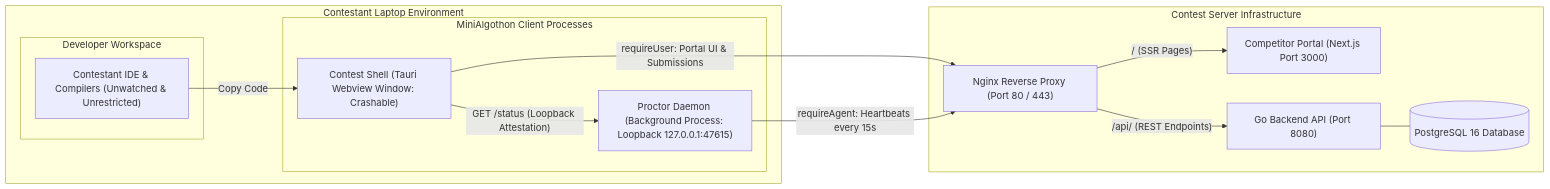
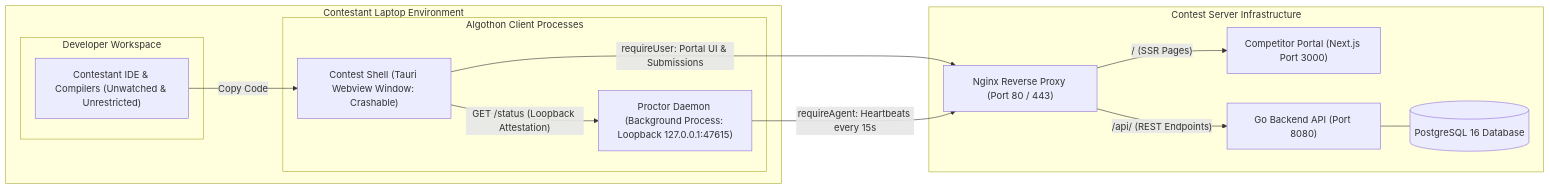
One commit to NayanthaNethsara/AlgoTest changed the diagram in docs/client-design.md. Above: the diagram before and after it, drawn with Mermaid. The commit also changed 10 other files, not shown here.

Commit message:
docs: rebrand project from MiniAlgothon to Algothon and add architecture documentation

````diff
--- a/docs/client-design.md
+++ b/docs/client-design.md
@@ -49,31 +49,31 @@
 ```mermaid
 flowchart LR
     subgraph Laptop["Contestant Laptop Environment"]
         subgraph DevSpace["Developer Workspace"]
             LocalIDE["Contestant IDE & Compilers (Unwatched & Unrestricted)"]
         end
 
-        subgraph ClientProcesses["MiniAlgothon Client Processes"]
+        subgraph ClientProcesses["Algothon Client Processes"]
             Shell["Contest Shell (Tauri Webview Window: Crashable)"]
             Agent["Proctor Daemon (Background Process: Loopback 127.0.0.1:47615)"]
         end
     end
 
     subgraph Server["Contest Server Infrastructure"]
         Nginx["Nginx Reverse Proxy (Port 80 / 443)"]
         Portal["Competitor Portal (Next.js Port 3000)"]
         API["Go Backend API (Port 8080)"]
         Postgres[("PostgreSQL 16 Database")]
     end
 
     LocalIDE -->|"Copy Code"| Shell
     Shell -->|"GET /status (Loopback Attestation)"| Agent
 
     Shell -->|"requireUser: Portal UI & Submissions"| Nginx
     Agent -->|"requireAgent: Heartbeats every 15s"| Nginx
 
     Nginx -->|"/ (SSR Pages)"| Portal
     Nginx -->|"/api/ (REST Endpoints)"| API
 
     API --- Postgres
 ```
````
